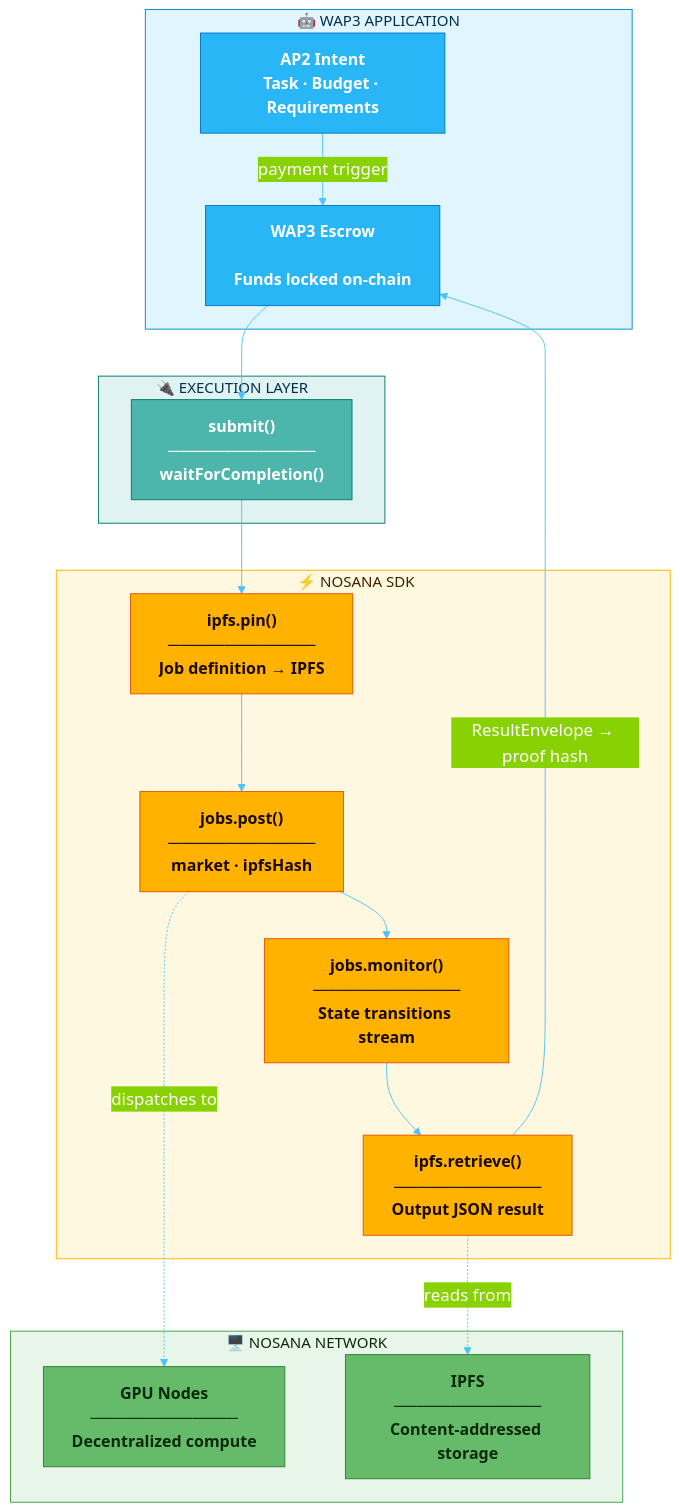
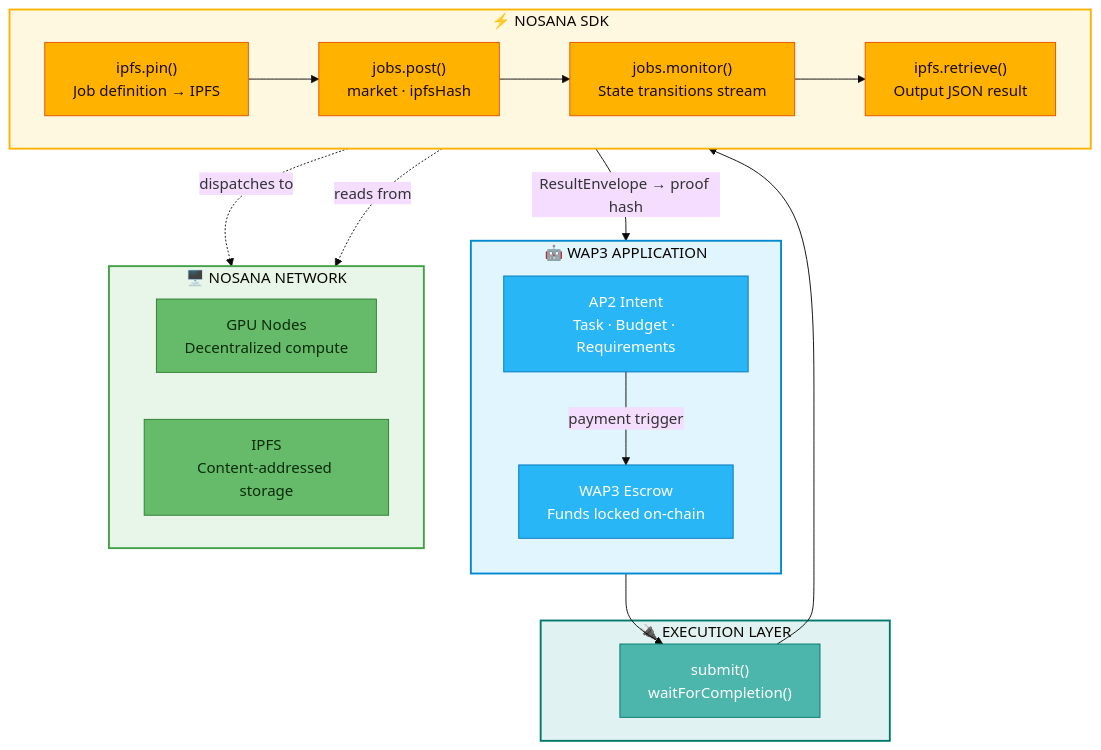
The second of 3 diagrams in docs/NOSANA_INTEGRATION.md (nelsonjingusc/wap3-agent-payment-poc), drawn with Mermaid before and after one commit.

Commit message:
update diagram

````diff
--- a/docs/NOSANA_INTEGRATION.md
+++ b/docs/NOSANA_INTEGRATION.md
@@ -78,57 +78,92 @@
 %%{init: {
   "theme": "base",
   "themeVariables": {
-    "primaryColor": "#0288D1",
-    "primaryTextColor": "#FFFFFF",
-    "primaryBorderColor": "#01579B",
-    "lineColor": "#4FC3F7",
-    "fontFamily": "Inter, system-ui, sans-serif",
-    "fontSize": "18px"
+    "fontSize": "16px",
+    "fontFamily": "Inter, system-ui, sans-serif"
   }
 }}%%
 flowchart TB
-    subgraph APP["🤖  WAP3 APPLICATION"]
-        A1["AP2 Intent<br/>Task · Budget · Requirements"]
-        A2["WAP3 Escrow
-        
-        Funds locked on-chain"]
-        A1 -->|"payment trigger"| A2
-    end
 
-    subgraph EXEC["🔌  EXECUTION LAYER"]
-        I["submit() <br/>─────────────<br/> waitForCompletion()"]
-    end
+%% =====================
+%% WAP3 APPLICATION
+%% =====================
+subgraph APP["🤖  WAP3 APPLICATION"]
+    direction TB
+    A1["AP2 Intent
+Task · Budget · Requirements"]
+    A2["WAP3 Escrow
+Funds locked on-chain"]
+    A1 -->|"payment trigger"| A2
+end
 
-    subgraph NOS["⚡ NOSANA SDK"]
-        N1["ipfs.pin()<br/>─────────────<br/>Job definition → IPFS"]
-        N2["jobs.post()<br/>─────────────<br/>market · ipfsHash"]
-        N3["jobs.monitor()<br/>─────────────<br/>State transitions stream"]
-        N4["ipfs.retrieve()<br/>─────────────<br/>Output JSON result"]
-        N1 --> N2 --> N3 --> N4
-    end
+%% =====================
+%% EXECUTION LAYER
+%% =====================
+subgraph EXEC["🔌  EXECUTION LAYER"]
+    I["submit()
+waitForCompletion()"]
+end
 
-    subgraph NET["🖥️  NOSANA NETWORK"]
-        G["GPU Nodes<br/>─────────────<br/>Decentralized compute"]
-        H["IPFS<br/>─────────────<br/>Content-addressed storage"]
-    end
+%% =====================
+%% NOSANA SDK (FORCED HORIZONTAL)
+%% =====================
+subgraph NOS["⚡ NOSANA SDK"]
+    direction LR
+    N1["ipfs.pin()
+Job definition → IPFS"]
+    N2["jobs.post()
+market · ipfsHash"]
+    N3["jobs.monitor()
+State transitions stream"]
+    N4["ipfs.retrieve()
+Output JSON result"]
+    N1 --> N2 --> N3 --> N4
+end
 
-    A2 --> I --> N1
-    N4 -->|"ResultEnvelope → proof hash"| A2
-    N2 -.->|"dispatches to"| G
-    N4 -.->|"reads from"| H
+%% =====================
+%% NETWORK (FORCED HORIZONTAL)
+%% =====================
+subgraph NET["🖥️  NOSANA NETWORK"]
+    direction LR
+    G["GPU Nodes
+Decentralized compute"]
+    H["IPFS
+Content-addressed storage"]
+end
 
-    classDef appNode fill:#29B6F6,stroke:#0277BD,color:#FFFFFF,font-size:17px,font-weight:bold
-    classDef ifaceNode fill:#4DB6AC,stroke:#00796B,color:#FFFFFF,font-size:17px,font-weight:bold
-    classDef nosNode fill:#FFB300,stroke:#E65100,color:#1A0A00,font-size:17px,font-weight:bold
-    classDef netNode fill:#66BB6A,stroke:#2E7D32,color:#0A2A0A,font-size:17px,font-weight:bold
+%% =====================
+%% FLOWS
+%% =====================
+A2 --> I --> N1
+N4 -->|"ResultEnvelope → proof hash"| A2
+N2 -.->|"dispatches to"| G
+N4 -.->|"reads from"| H
 
-    class A1,A2 appNode
-    class I ifaceNode
-    class N1,N2,N3,N4 nosNode
-    class G,H netNode
+%% =====================
+%% COLORS
+%% =====================
+%% Big boxes
+style APP fill:#E1F5FE,stroke:#0288D1,stroke-width:2px
+style EXEC fill:#E0F2F1,stroke:#00796B,stroke-width:2px
+style NOS fill:#FFF8E1,stroke:#FFB300,stroke-width:2px
+style NET fill:#E8F5E9,stroke:#43A047,stroke-width:2px
 
-    style APP fill:#E1F5FE,stroke:#0288D1,color:#003050,font-size:16px
-    style EXEC fill:#E0F2F1,stroke:#00796B,color:#003050,font-size:16px
-    style NOS fill:#FFF8E1,stroke:#FFB300,color:#3E2000,font-size:16px
-    style NET fill:#E8F5E9,stroke:#43A047,color:#0A2A0A,font-size:16px
+%% Small boxes - matching tones
+
+%% WAP3 blue family
+style A1 fill:#29B6F6,stroke:#0277BD,color:#FFFFFF
+style A2 fill:#29B6F6,stroke:#0277BD,color:#FFFFFF
+
+%% Execution teal family
+style I fill:#4DB6AC,stroke:#00796B,color:#FFFFFF
+
+%% Nosana orange family
+style N1 fill:#FFB300,stroke:#E65100,color:#1A0A00
+style N2 fill:#FFB300,stroke:#E65100,color:#1A0A00
+style N3 fill:#FFB300,stroke:#E65100,color:#1A0A00
+style N4 fill:#FFB300,stroke:#E65100,color:#1A0A00
+
+%% Network green family
+style G fill:#66BB6A,stroke:#2E7D32,color:#0A2A0A
+style H fill:#66BB6A,stroke:#2E7D32,color:#0A2A0A
 ```
````
